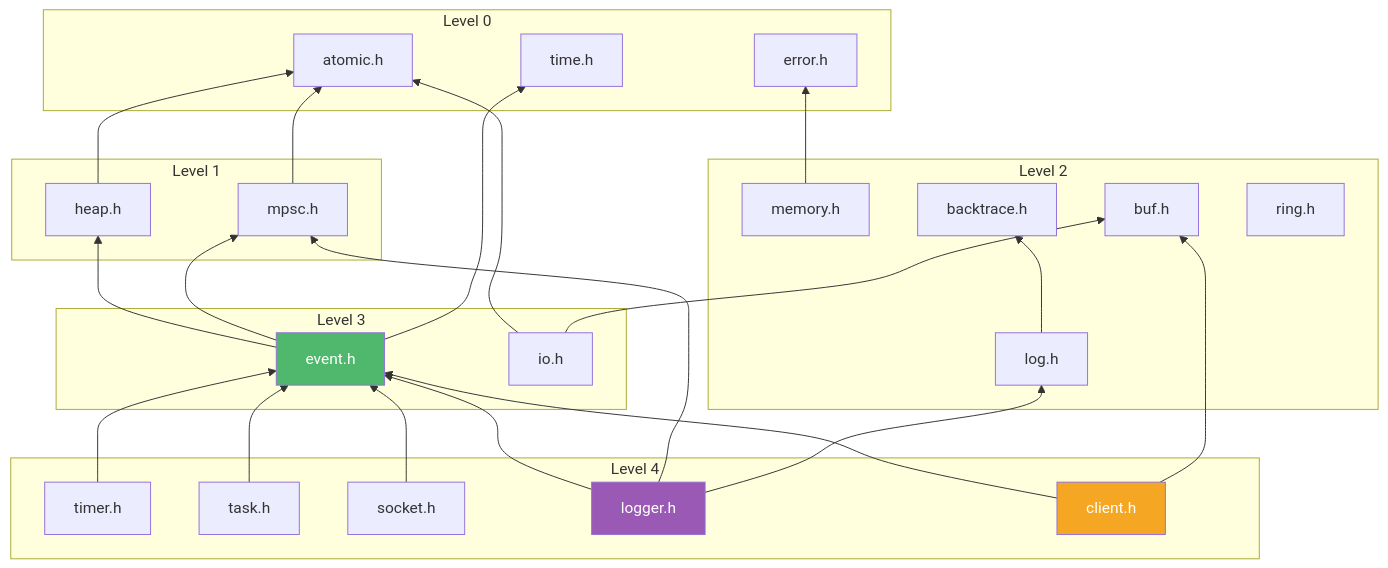
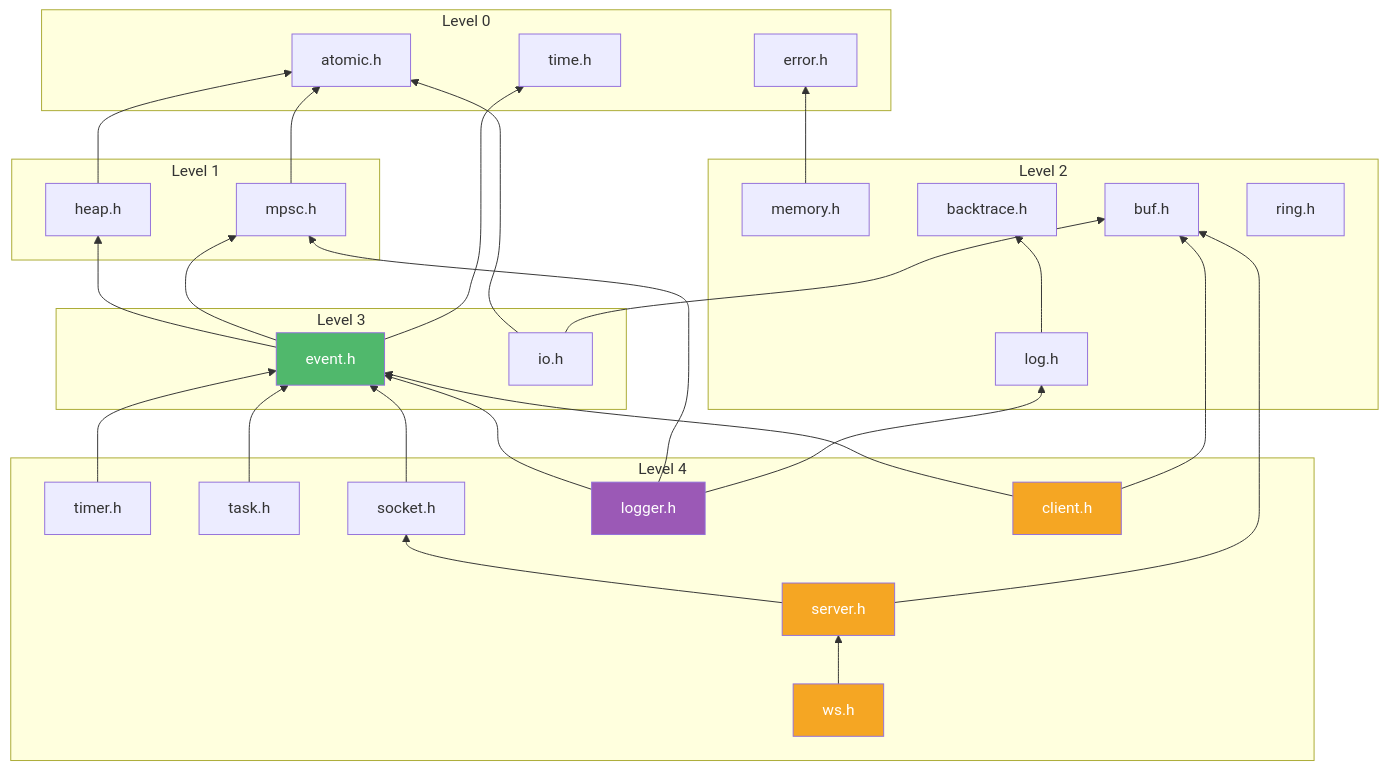
The second of 2 diagrams in docs/README.md (mivinci/DownloadKit), drawn with Mermaid before and after one commit. The commit also changed other lines of this file and 1 other file, not shown here.

Commit message:
ci: skip tests for non-code changes; docs: update README for server/ws/tls

````diff
--- a/docs/README.md
+++ b/docs/README.md
@@ -120,56 +126,63 @@
 ```mermaid
 graph BT
     subgraph "Level 0"
         ATOMIC["atomic.h"]
         ERROR["error.h"]
         TIME["time.h"]
     end
 
     subgraph "Level 1"
         HEAP["heap.h"]
         MPSC["mpsc.h"]
     end
 
     subgraph "Level 2"
         MEMORY["memory.h"]
         LOG["log.h"]
         BT_["backtrace.h"]
         BUF["buf.h"]
         RING["ring.h"]
     end
 
     subgraph "Level 3"
         EVENT["event.h"]
         IO["io.h"]
     end
 
     subgraph "Level 4"
         TIMER["timer.h"]
         TASK["task.h"]
         SOCKET["socket.h"]
         LOGGER["logger.h"]
         CLIENT["client.h"]
+        SERVER["server.h"]
+        WS["ws.h"]
     end
 
     HEAP --> ATOMIC
     MPSC --> ATOMIC
     MEMORY --> ERROR
     LOG --> BT_
     IO --> ATOMIC
     IO --> BUF
     EVENT --> HEAP
     EVENT --> MPSC
     EVENT --> TIME
     TIMER --> EVENT
     TASK --> EVENT
     SOCKET --> EVENT
     LOGGER --> EVENT
     LOGGER --> MPSC
     LOGGER --> LOG
     CLIENT --> EVENT
     CLIENT --> BUF
+    SERVER --> SOCKET
+    SERVER --> BUF
+    WS --> SERVER
 
     style EVENT fill:#50b86c,color:#fff
     style CLIENT fill:#f5a623,color:#fff
+    style SERVER fill:#f5a623,color:#fff
+    style WS fill:#f5a623,color:#fff
     style LOGGER fill:#9b59b6,color:#fff
 ```
````
